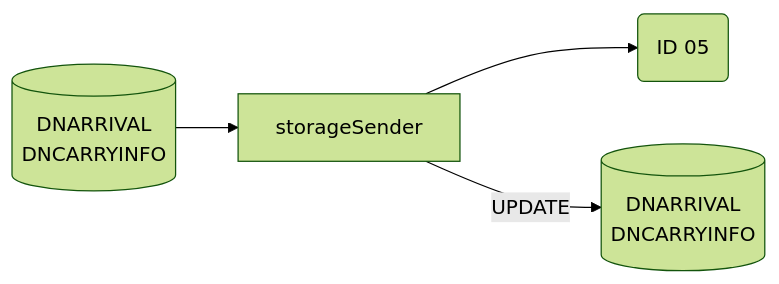
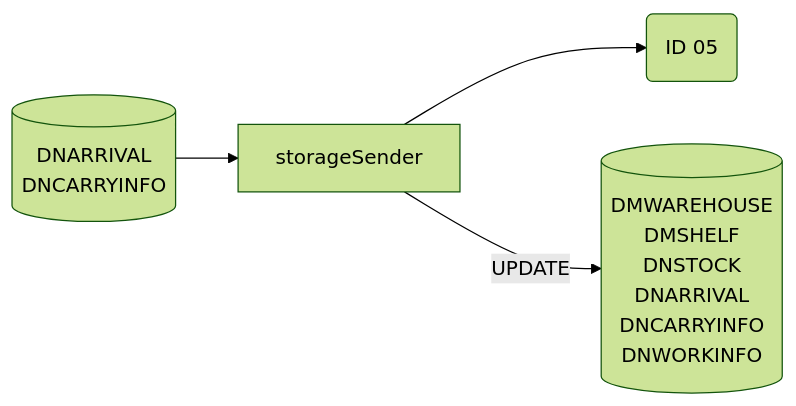
Before and after one commit to luthfiadityaa/SimeDarby-Wiki: the sixth of 23 diagrams in Basic-Design/DFD-WMS/Storage/Palletizing-Settting/Palletize-Start.md, drawn with Mermaid (forest theme). The commit also changed other lines of this file, not shown here.

```diff
--- a/Basic-Design/DFD-WMS/Storage/Palletizing-Settting/Palletize-Start.md
+++ b/Basic-Design/DFD-WMS/Storage/Palletizing-Settting/Palletize-Start.md
@@ -392,18 +389,22 @@
 ::: mermaid
 flowchart LR
 automaticmodechangesender-update[("
+DMWAREHOUSE
+DMSHELF
+DNSTOCK
 DNARRIVAL
 DNCARRYINFO
+DNWORKINFO
 ")]
 automaticmodechangesender-input[("
 DNARRIVAL
 DNCARRYINFO
 ")]
 
 id05msg("
 ID 05
 ")
 
 automaticmodechangesender-input-->storageSender-->id05msg
 storageSender--> |UPDATE| automaticmodechangesender-update
 :::
```
